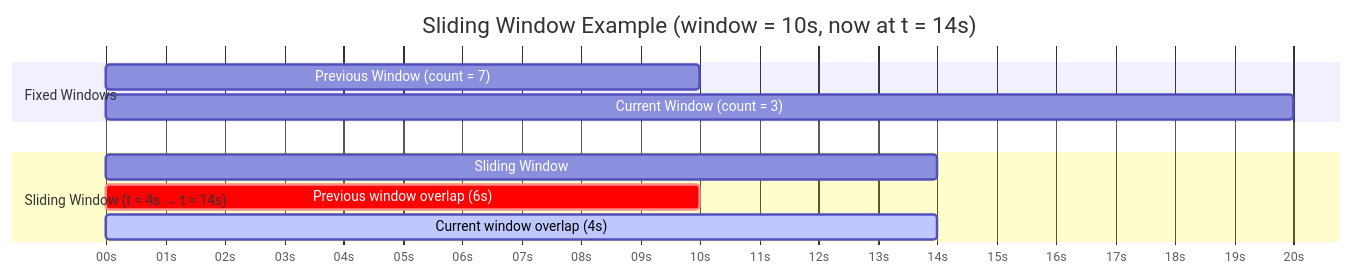
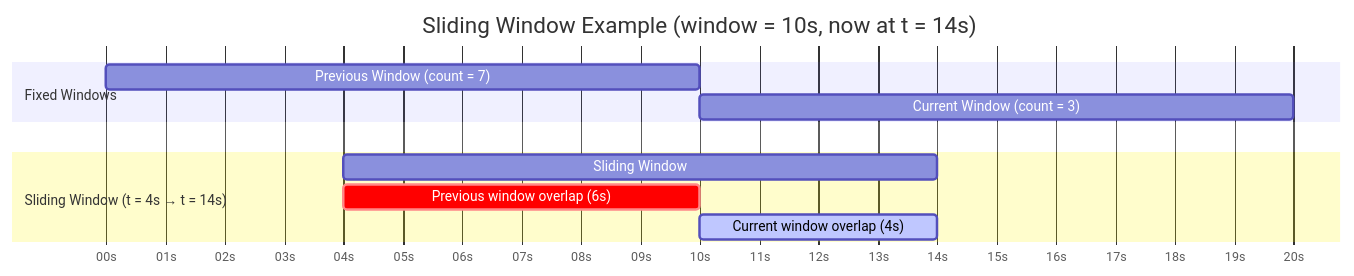
One commit to melroy999/redis-rate-limiter changed the first of 4 diagrams in docs/architecture/sliding-window.md. Above: the diagram before and after it, drawn with Mermaid.

Commit message:
[/async] Fixed sliding window example diagram to work in GitHub.

````diff
--- a/docs/architecture/sliding-window.md
+++ b/docs/architecture/sliding-window.md
@@ -9,19 +9,19 @@
 ```mermaid
 %%{init: {"theme": "default", "themeVariables": {"lineColor": "#6e7781"}}}%%
 gantt
     title Sliding Window Example (window = 10s, now at t = 14s)
-    dateFormat X
+    dateFormat x
     axisFormat %Ss
 
     section Fixed Windows
-    Previous Window (count = 7)         :prev, 0, 10
-    Current Window (count = 3)          :curr, 10, 20
+    Previous Window (count = 7)         :prev, 0, 10000
+    Current Window (count = 3)          :curr, 10000, 20000
 
     section ⠀
     ⠀ :done, 0, 0
 
     section Sliding Window (t = 4s → t = 14s)
-    Sliding Window                       :sw, 4, 14
-    Previous window overlap (6s) :crit, 4, 10
-    Current window overlap (4s)  :active, 10, 14
+    Sliding Window                       :sw, 4000, 14000
+    Previous window overlap (6s) :crit, 4000, 10000
+    Current window overlap (4s)  :active, 10000, 14000
 ```
````
